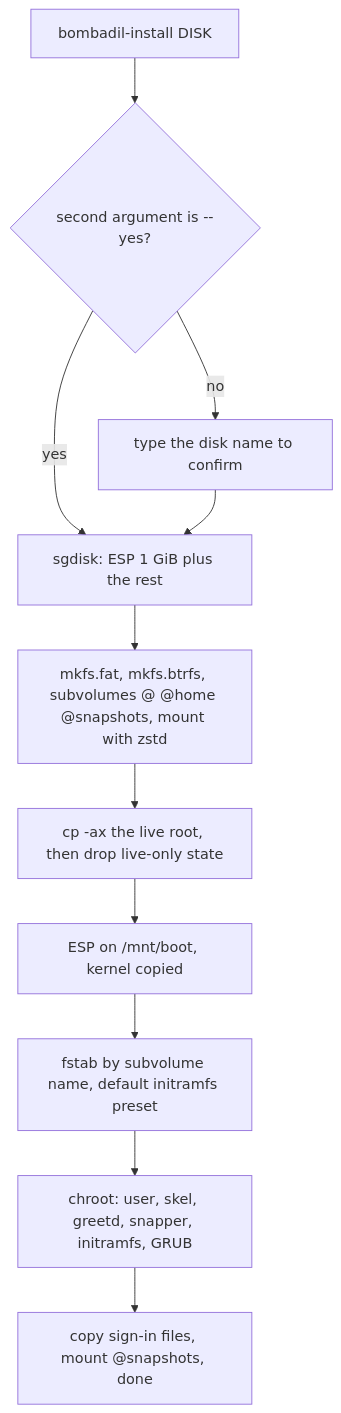
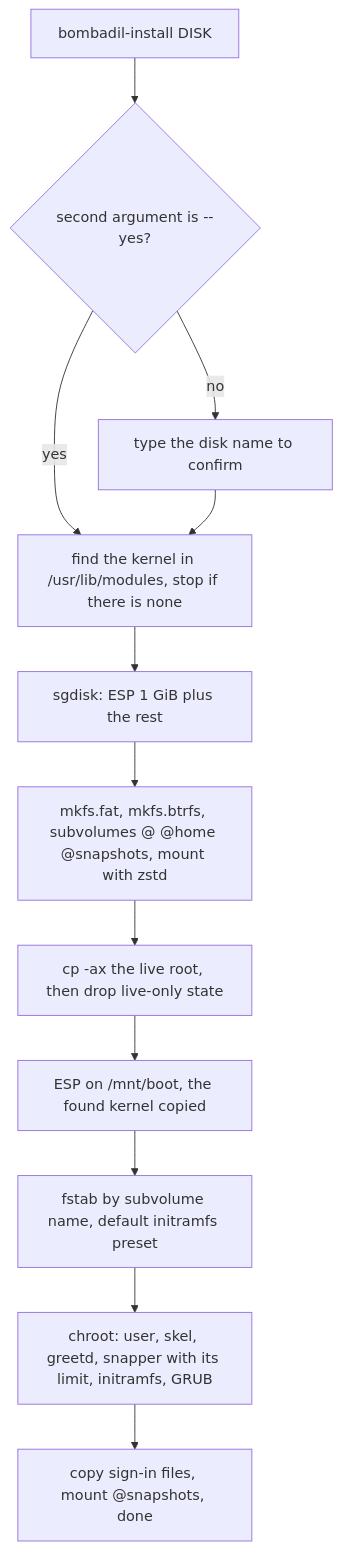
The third of 4 diagrams in docs/architecture/iso-and-install.md (thedefaultman/Bombadil), drawn with Mermaid before and after one commit. The commit also changed other lines of this file and 31 other files, not shown here.

````diff
--- a/docs/architecture/iso-and-install.md
+++ b/docs/architecture/iso-and-install.md
@@ -224,13 +238,14 @@
 ```mermaid
 flowchart TB
     A["bombadil-install DISK"] --> B{"second argument is --yes?"}
     B -->|"no"| C["type the disk name to confirm"]
-    B -->|"yes"| D["sgdisk: ESP 1 GiB plus the rest"]
-    C --> D
+    B -->|"yes"| K["find the kernel in /usr/lib/modules, stop if there is none"]
+    C --> K
+    K --> D["sgdisk: ESP 1 GiB plus the rest"]
     D --> E["mkfs.fat, mkfs.btrfs, subvolumes @ @home @snapshots, mount with zstd"]
     E --> F["cp -ax the live root, then drop live-only state"]
-    F --> G["ESP on /mnt/boot, kernel copied"]
+    F --> G["ESP on /mnt/boot, the found kernel copied"]
     G --> H["fstab by subvolume name, default initramfs preset"]
-    H --> I["chroot: user, skel, greetd, snapper, initramfs, GRUB"]
+    H --> I["chroot: user, skel, greetd, snapper with its limit, initramfs, GRUB"]
     I --> J["copy sign-in files, mount @snapshots, done"]
 ```
````
